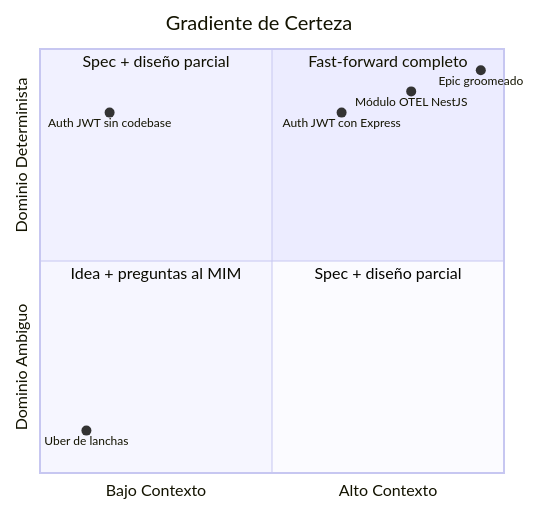
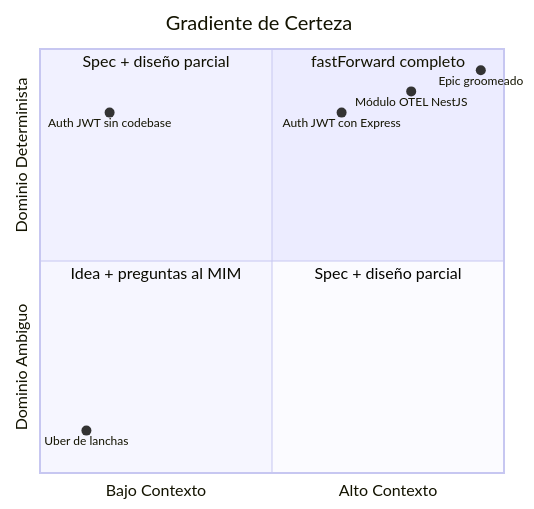
The second of 3 diagrams in docs/planning/behavior/fast-forward.md (virgenherrera/idea-to-mvp), drawn with Mermaid before and after one commit. The commit also changed other lines of this file and 30 other files, not shown here.

````diff
--- a/docs/planning/behavior/fast-forward.md
+++ b/docs/planning/behavior/fast-forward.md
@@ -109,15 +109,15 @@
 ```mermaid
 quadrantChart
     title Gradiente de Certeza
     x-axis Bajo Contexto --> Alto Contexto
     y-axis Dominio Ambiguo --> Dominio Determinista
-    quadrant-1 Fast-forward completo
+    quadrant-1 fastForward completo
     quadrant-2 Spec + diseño parcial
     quadrant-3 Idea + preguntas al MIM
     quadrant-4 Spec + diseño parcial
     Uber de lanchas: [0.1, 0.1]
     Auth JWT sin codebase: [0.15, 0.85]
     Auth JWT con Express: [0.65, 0.85]
     Módulo OTEL NestJS: [0.8, 0.9]
     Epic groomeado: [0.95, 0.95]
 ```
````
